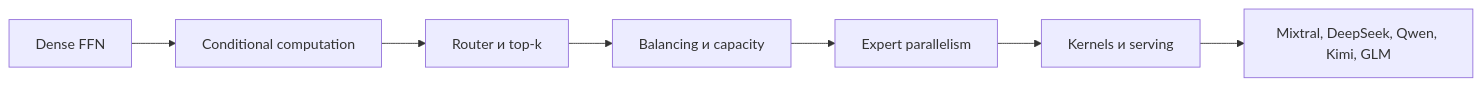
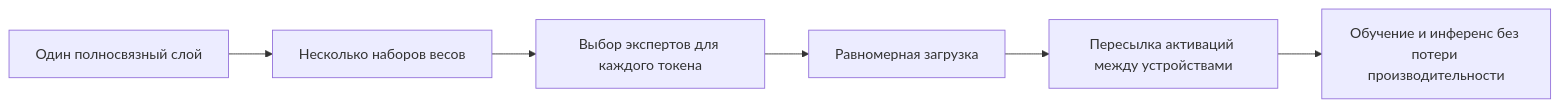
Before and after one commit to alpotekhin/bookvar: the diagram in 00 Учебник/09 Dense FFN и Mixture of Experts/00 Карта модуля и источники.md, drawn with Mermaid. The commit also changed other lines of this file and 58 other files, not shown here.

````diff
--- a/00 Учебник/09 Dense FFN и Mixture of Experts/00 Карта модуля и источники.md
+++ b/00 Учебник/09 Dense FFN и Mixture of Experts/00 Карта модуля и источники.md
@@ -14,9 +14,8 @@
 ```mermaid
 flowchart LR
-    A["Dense FFN"] --> B["Conditional computation"]
-    B --> C["Router и top-k"]
-    C --> D["Balancing и capacity"]
-    D --> E["Expert parallelism"]
-    E --> F["Kernels и serving"]
-    F --> G["Mixtral, DeepSeek, Qwen, Kimi, GLM"]
+    A["Один полносвязный слой"] --> B["Несколько наборов весов"]
+    B --> C["Выбор экспертов для каждого токена"]
+    C --> D["Равномерная загрузка"]
+    D --> E["Пересылка активаций между устройствами"]
+    E --> F["Обучение и инференс без потери производительности"]
 ```
````
